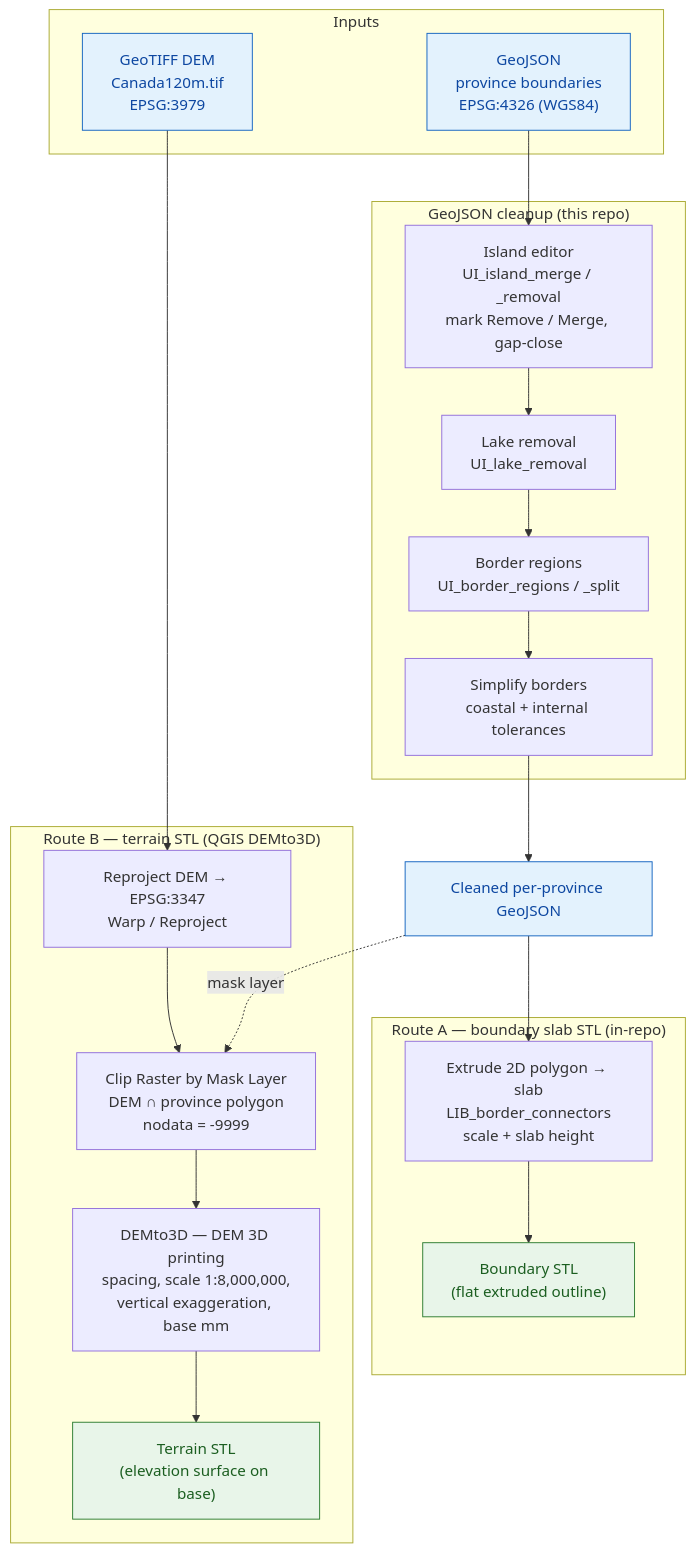
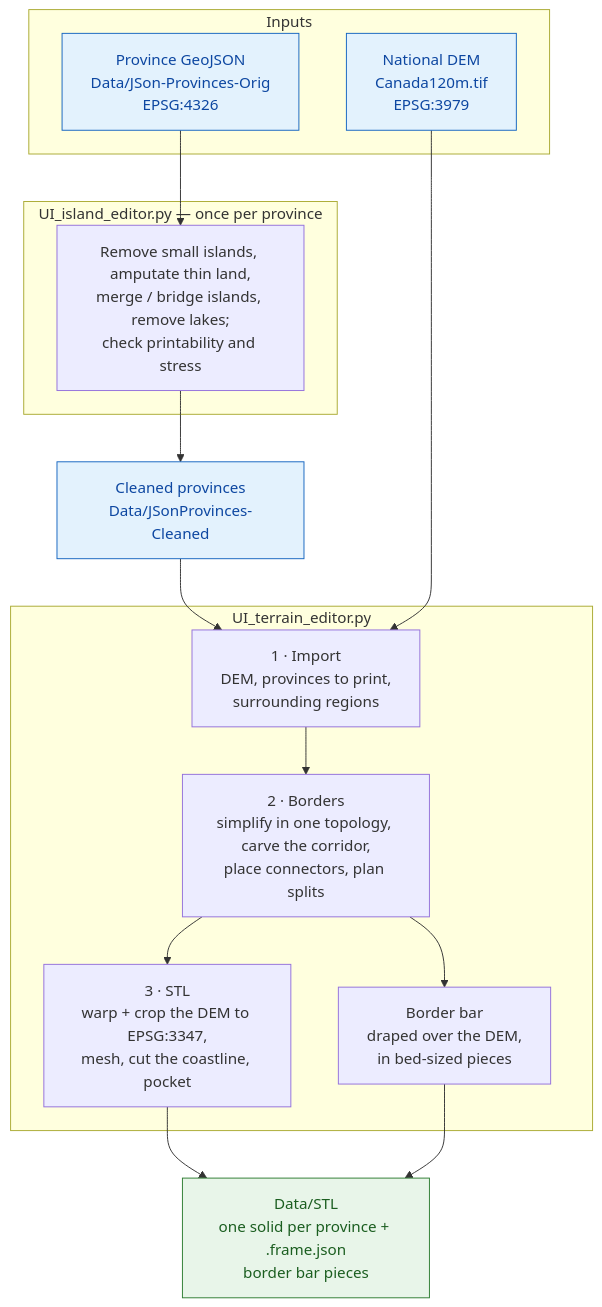
One commit to DullemondWilliam/TerrainPrint changed the diagram in README.md. Above: the diagram before and after it, drawn with Mermaid. The commit also changed other lines of this file, not shown here.

````diff
--- a/README.md
+++ b/README.md
@@ -19,38 +22,31 @@
 ```mermaid
 flowchart TD
     subgraph inputs["Inputs"]
-        GJ["GeoJSON<br/>province boundaries<br/>EPSG:4326 (WGS84)"]
-        TIF["GeoTIFF DEM<br/>Canada120m.tif<br/>EPSG:3979"]
+        GJ["Province GeoJSON<br/>Data/JSon-Provinces-Orig<br/>EPSG:4326"]
+        TIF["National DEM<br/>Canada120m.tif<br/>EPSG:3979"]
     end
 
-    subgraph clean["GeoJSON cleanup (this repo)"]
-        IE["Island editor<br/>UI_island_merge / _removal<br/>mark Remove / Merge, gap-close"]
-        LR["Lake removal<br/>UI_lake_removal"]
-        BR["Border regions<br/>UI_border_regions / _split"]
-        SB["Simplify borders<br/>coastal + internal tolerances"]
+    subgraph island["UI_island_editor.py — once per province"]
+        IE["Remove small islands, amputate thin land,<br/>merge / bridge islands, remove lakes;<br/>check printability and stress"]
     end
+    GJ --> IE --> CLEAN["Cleaned provinces<br/>Data/JSonProvinces-Cleaned"]
 
-    GJ --> IE --> LR --> BR --> SB
-    SB --> CLEANGJ["Cleaned per-province GeoJSON"]
+    subgraph terrain["UI_terrain_editor.py"]
+        IMP["1 · Import<br/>DEM, provinces to print,<br/>surrounding regions"]
+        BOR["2 · Borders<br/>simplify in one topology, carve the corridor,<br/>place connectors, plan splits"]
+        STL["3 · STL<br/>warp + crop the DEM to EPSG:3347,<br/>mesh, cut the coastline, pocket"]
+        BAR["Border bar<br/>draped over the DEM,<br/>in bed-sized pieces"]
+    end
+    CLEAN --> IMP
+    TIF --> IMP
+    IMP --> BOR --> STL
+    BOR --> BAR
 
-    subgraph route1["Route A — boundary slab STL (in-repo)"]
-        EXT["Extrude 2D polygon → slab<br/>LIB_border_connectors<br/>scale + slab height"]
-        STL1["Boundary STL<br/>(flat extruded outline)"]
-    end
-    CLEANGJ --> EXT --> STL1
-
-    subgraph route2["Route B — terrain STL (QGIS DEMto3D)"]
-        RP["Reproject DEM → EPSG:3347<br/>Warp / Reproject"]
-        CLIP["Clip Raster by Mask Layer<br/>DEM ∩ province polygon<br/>nodata = -9999"]
-        D3D["DEMto3D — DEM 3D printing<br/>spacing, scale 1:8,000,000,<br/>vertical exaggeration, base mm"]
-        STL2["Terrain STL<br/>(elevation surface on base)"]
-    end
-    TIF --> RP --> CLIP
-    CLEANGJ -.->|mask layer| CLIP
-    CLIP --> D3D --> STL2
+    STL --> OUT["Data/STL<br/>one solid per province + .frame.json<br/>border bar pieces"]
+    BAR --> OUT
 
     classDef data fill:#e3f2fd,stroke:#1565c0,color:#0d47a1;
     classDef out fill:#e8f5e9,stroke:#2e7d32,color:#1b5e20;
-    class GJ,TIF,CLEANGJ data;
-    class STL1,STL2 out;
+    class GJ,TIF,CLEAN data;
+    class OUT out;
 ```
````
